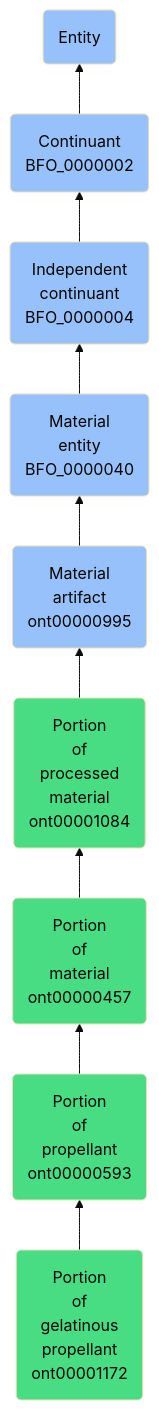
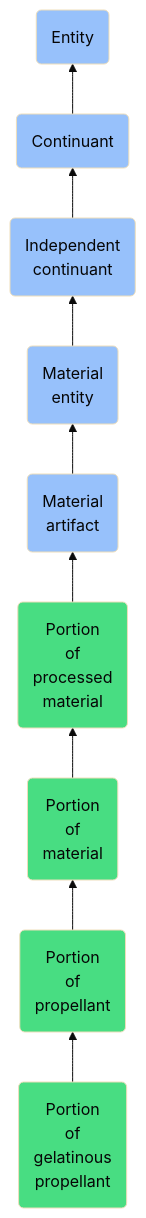
Before and after one commit to jupyter-naas/abi: the diagram in docs/ontology/reference/model/Entity/Continuant/Independent continuant/Material entity/Material artifact/Portion of processed material/Portion of material/Portion of propellant/Portion of gelatinous propellant/Portion of gelatinous propellant.md, drawn with Mermaid (base theme). The commit also changed other lines of this file and 1430 other files, not shown here.

````diff
--- a/docs/ontology/reference/model/Entity/Continuant/Independent continuant/Material entity/Material artifact/Portion of processed material/Portion of material/Portion of propellant/Portion of gelatinous propellant/Portion of gelatinous propellant.md
+++ b/docs/ontology/reference/model/Entity/Continuant/Independent continuant/Material entity/Material artifact/Portion of processed material/Portion of material/Portion of propellant/Portion of gelatinous propellant/Portion of gelatinous propellant.md
@@ -24,16 +24,16 @@
 ```mermaid
 graph BT
-    ont00001172(Portion<br>of<br>gelatinous<br>propellant<br>ont00001172):::ABI-->ont00000593
-    ont00000593(Portion<br>of<br>propellant<br>ont00000593):::ABI-->ont00000457
-    ont00000457(Portion<br>of<br>material<br>ont00000457):::ABI-->ont00001084
-    ont00001084(Portion<br>of<br>processed<br>material<br>ont00001084):::ABI-->ont00000995
-    ont00000995(Material<br>artifact<br>ont00000995):::BFO-->BFO_0000040
-    BFO_0000040(Material<br>entity<br>BFO_0000040):::BFO-->BFO_0000004
-    BFO_0000004(Independent<br>continuant<br>BFO_0000004):::BFO-->BFO_0000002
-    BFO_0000002(Continuant<br>BFO_0000002):::BFO-->BFO_0000001
+    ont00001172(Portion<br>of<br>gelatinous<br>propellant):::ABI-->ont00000593
+    ont00000593(Portion<br>of<br>propellant):::ABI-->ont00000457
+    ont00000457(Portion<br>of<br>material):::ABI-->ont00001084
+    ont00001084(Portion<br>of<br>processed<br>material):::ABI-->ont00000995
+    ont00000995(Material<br>artifact):::BFO-->BFO_0000040
+    BFO_0000040(Material<br>entity):::BFO-->BFO_0000004
+    BFO_0000004(Independent<br>continuant):::BFO-->BFO_0000002
+    BFO_0000002(Continuant):::BFO-->BFO_0000001
     BFO_0000001(Entity):::BFO
     
     classDef BFO fill:#97c1fb,color:#060606
     classDef CCO fill:#e4c51e,color:#060606
     classDef ABI fill:#48DD82,color:#060606
 ```
````
